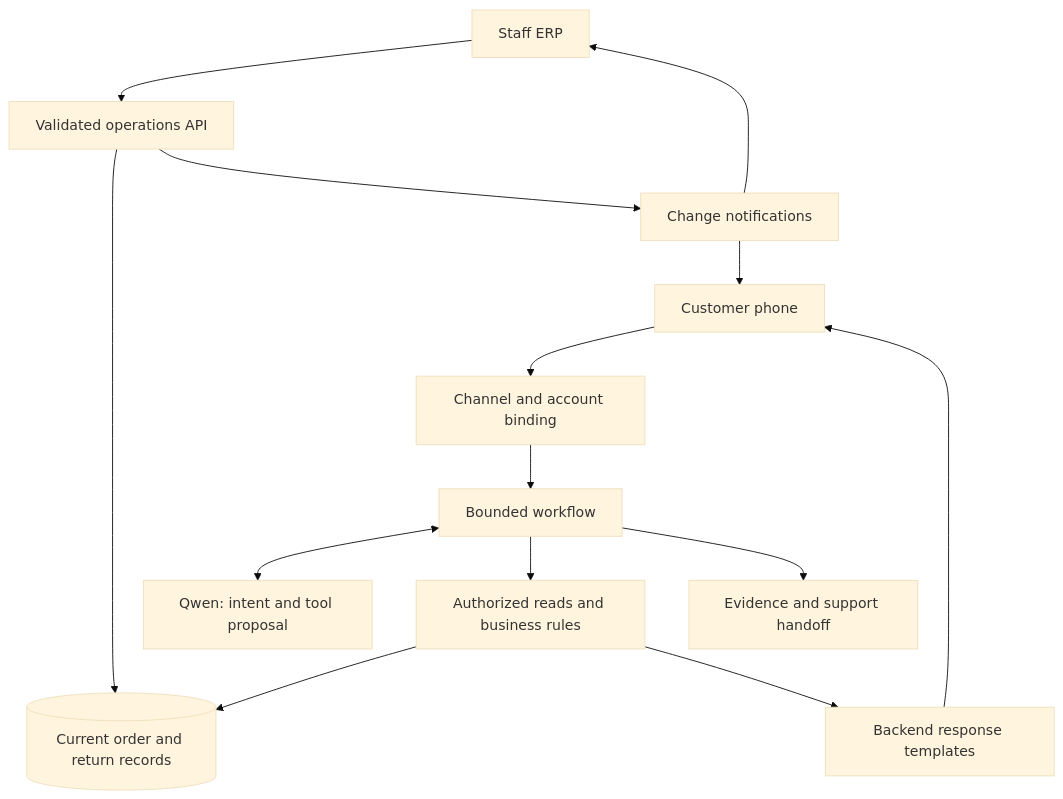
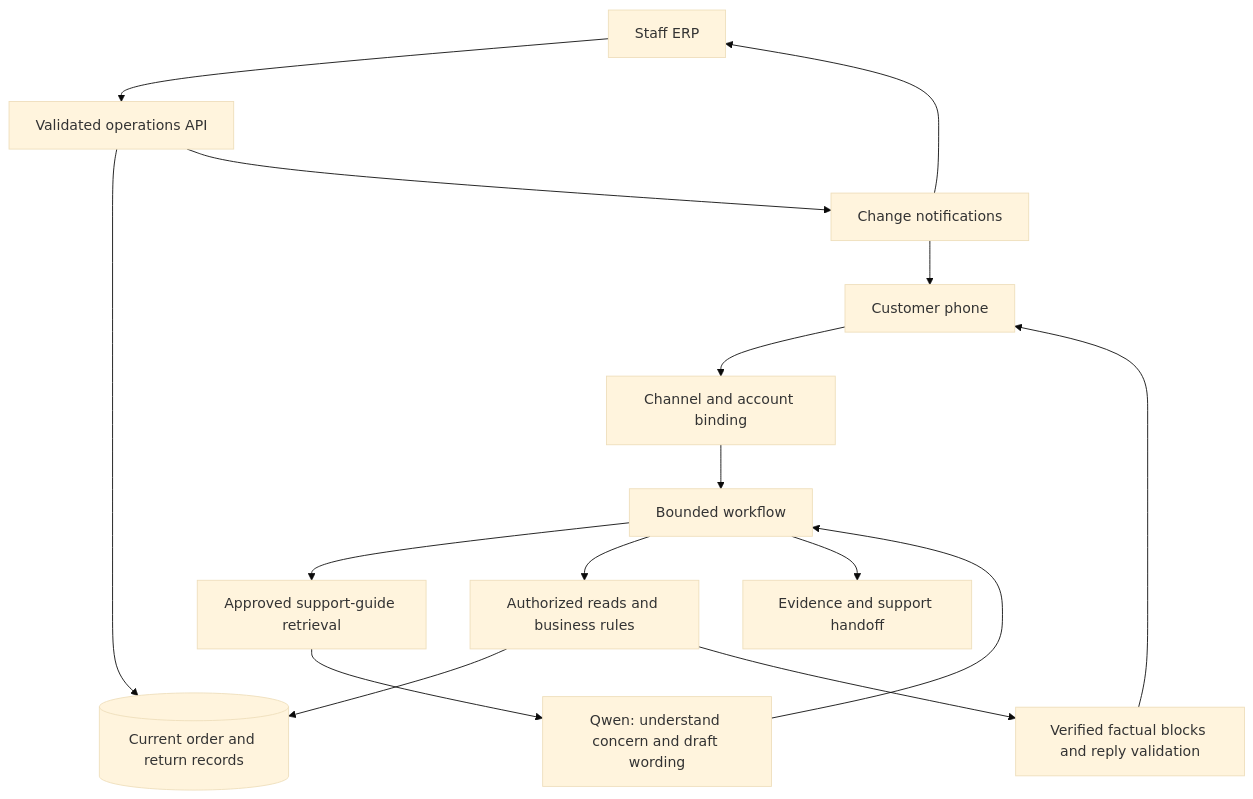
The diagram in SYSTEM_GUIDE.md (presish1/aim-retail-support), drawn with Mermaid (base theme) before and after one commit. The commit also changed other lines of this file and 38 other files, not shown here.

Commit message:
Add contextual support with approved-guide RAG and grounded replies

````diff
--- a/SYSTEM_GUIDE.md
+++ b/SYSTEM_GUIDE.md
@@ -55,16 +55,18 @@
 ```mermaid
 flowchart TD
     C[Customer phone] --> CH[Channel and account binding]
     CH --> W[Bounded workflow]
-    W <--> M[Qwen: intent and tool proposal]
+    W --> KB[Approved support-guide retrieval]
+    KB --> M[Qwen: understand concern and draft wording]
+    M --> W
     W --> G[Authorized reads and business rules]
     G --> DB[(Current order and return records)]
-    G --> R[Backend response templates]
+    G --> R[Verified factual blocks and reply validation]
     R --> C
     A[Staff ERP] --> API[Validated operations API]
     API --> DB
     API --> S[Change notifications]
     S --> A
     S --> C
     W --> E[Evidence and support handoff]
 ```
````
